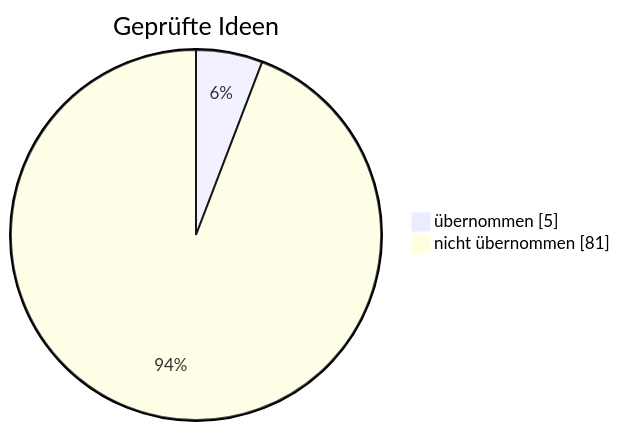
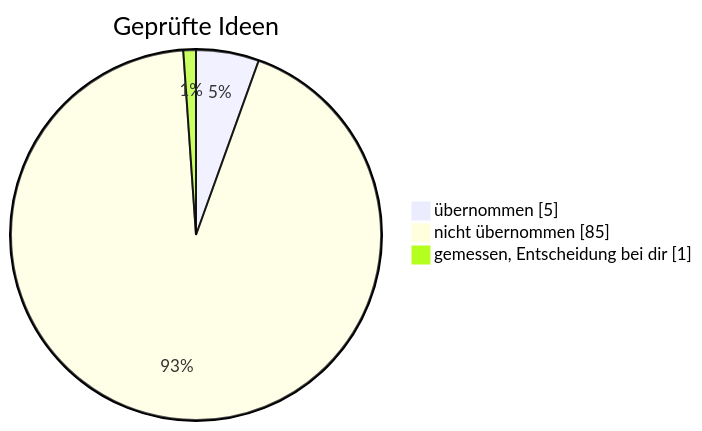
Before and after one commit to sickingmalte-arch/Test-Bot: the diagram in gehirn/Notizen/Was der Bot schon weiß.md, drawn with Mermaid. The commit also changed other lines of this file and 20 other files, not shown here.

First line of the commit message:
Forschung 24.11.: Zahlen-Kauf und feinerer Marktfilter nicht übernommen, Zinsen gemessen (#78)

````diff
--- a/gehirn/Notizen/Was der Bot schon weiß.md
+++ b/gehirn/Notizen/Was der Bot schon weiß.md
@@ -22,6 +22,7 @@
 ```mermaid
 pie showData
     title Geprüfte Ideen
     "übernommen" : 5
-    "nicht übernommen" : 81
+    "nicht übernommen" : 85
+    "gemessen, Entscheidung bei dir" : 1
 ```
````
